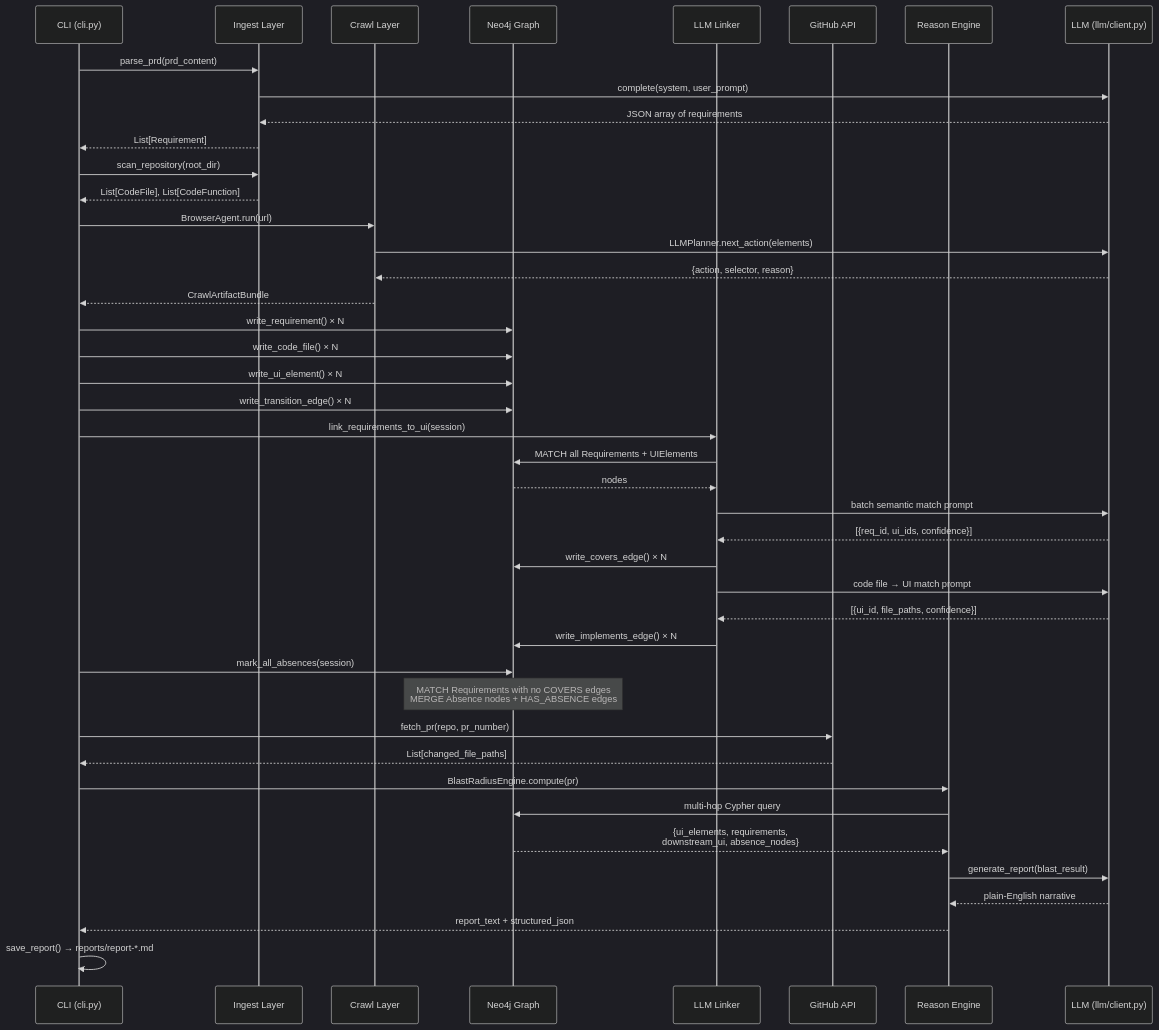
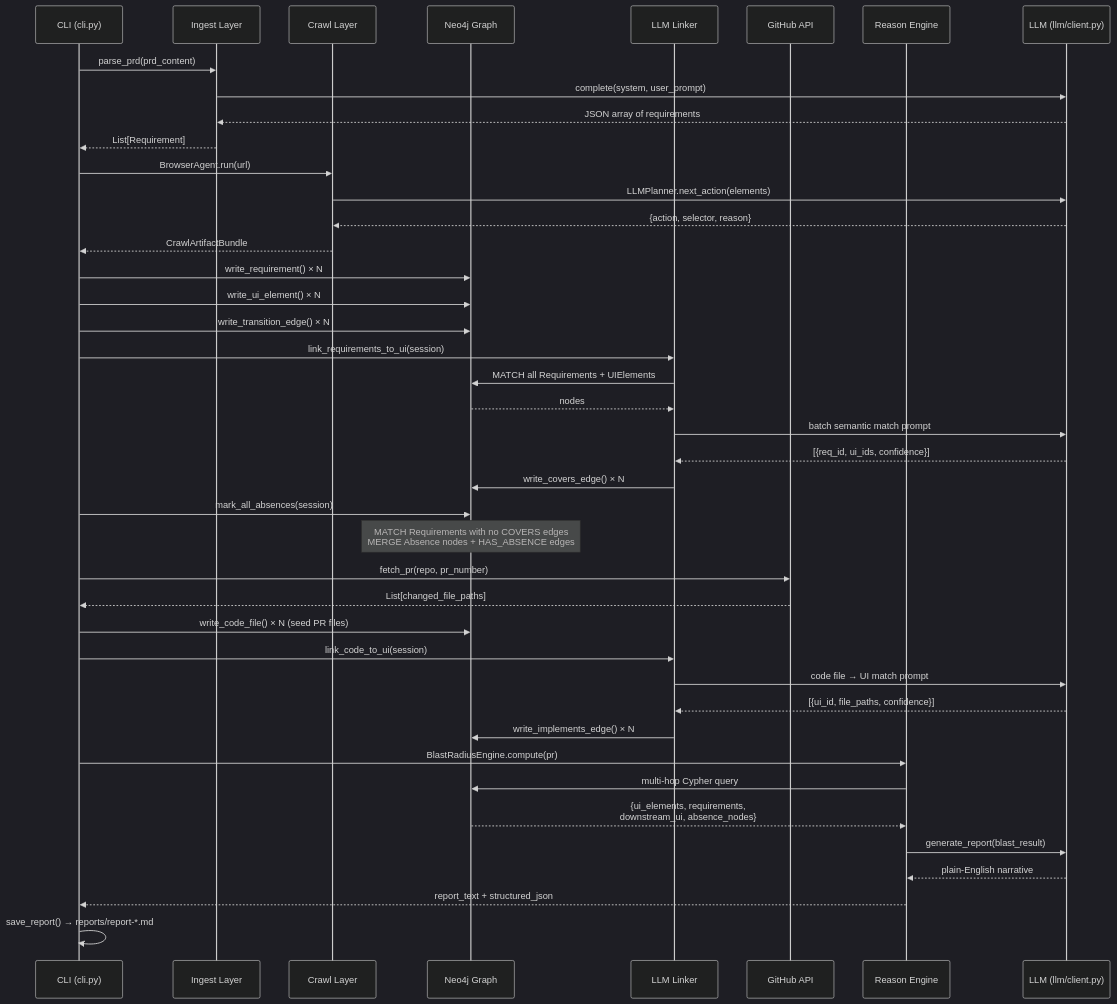
Before and after one commit to snowsanta/testsigma: the ninth of 10 diagrams in design_doc.md, drawn with Mermaid (dark theme). The commit also changed other lines of this file and 12 other files, not shown here.

````diff
--- a/design_doc.md
+++ b/design_doc.md
@@ -506,55 +482,54 @@
 ```mermaid
 sequenceDiagram
     participant CLI as CLI (cli.py)
     participant INGEST as Ingest Layer
     participant CRAWL as Crawl Layer
     participant NEO4J as Neo4j Graph
     participant LINKER as LLM Linker
     participant GITHUB as GitHub API
     participant REASON as Reason Engine
     participant LLM as LLM (llm/client.py)
 
     CLI->>INGEST: parse_prd(prd_content)
     INGEST->>LLM: complete(system, user_prompt)
     LLM-->>INGEST: JSON array of requirements
     INGEST-->>CLI: List[Requirement]
 
-    CLI->>INGEST: scan_repository(root_dir)
-    INGEST-->>CLI: List[CodeFile], List[CodeFunction]
-
     CLI->>CRAWL: BrowserAgent.run(url)
     CRAWL->>LLM: LLMPlanner.next_action(elements)
     LLM-->>CRAWL: {action, selector, reason}
     CRAWL-->>CLI: CrawlArtifactBundle
 
     CLI->>NEO4J: write_requirement() × N
-    CLI->>NEO4J: write_code_file() × N
     CLI->>NEO4J: write_ui_element() × N
     CLI->>NEO4J: write_transition_edge() × N
 
     CLI->>LINKER: link_requirements_to_ui(session)
     LINKER->>NEO4J: MATCH all Requirements + UIElements
     NEO4J-->>LINKER: nodes
     LINKER->>LLM: batch semantic match prompt
     LLM-->>LINKER: [{req_id, ui_ids, confidence}]
     LINKER->>NEO4J: write_covers_edge() × N
 
-    LINKER->>LLM: code file → UI match prompt
-    LLM-->>LINKER: [{ui_id, file_paths, confidence}]
-    LINKER->>NEO4J: write_implements_edge() × N
-
     CLI->>NEO4J: mark_all_absences(session)
     Note over NEO4J: MATCH Requirements with no COVERS edges<br/>MERGE Absence nodes + HAS_ABSENCE edges
 
     CLI->>GITHUB: fetch_pr(repo, pr_number)
     GITHUB-->>CLI: List[changed_file_paths]
+
+    CLI->>NEO4J: write_code_file() × N (seed PR files)
+    
+    CLI->>LINKER: link_code_to_ui(session)
+    LINKER->>LLM: code file → UI match prompt
+    LLM-->>LINKER: [{ui_id, file_paths, confidence}]
+    LINKER->>NEO4J: write_implements_edge() × N
 
     CLI->>REASON: BlastRadiusEngine.compute(pr)
     REASON->>NEO4J: multi-hop Cypher query
     NEO4J-->>REASON: {ui_elements, requirements,<br/>downstream_ui, absence_nodes}
 
     REASON->>LLM: generate_report(blast_result)
     LLM-->>REASON: plain-English narrative
     REASON-->>CLI: report_text + structured_json
     CLI->>CLI: save_report() → reports/report-*.md
 ```
````
